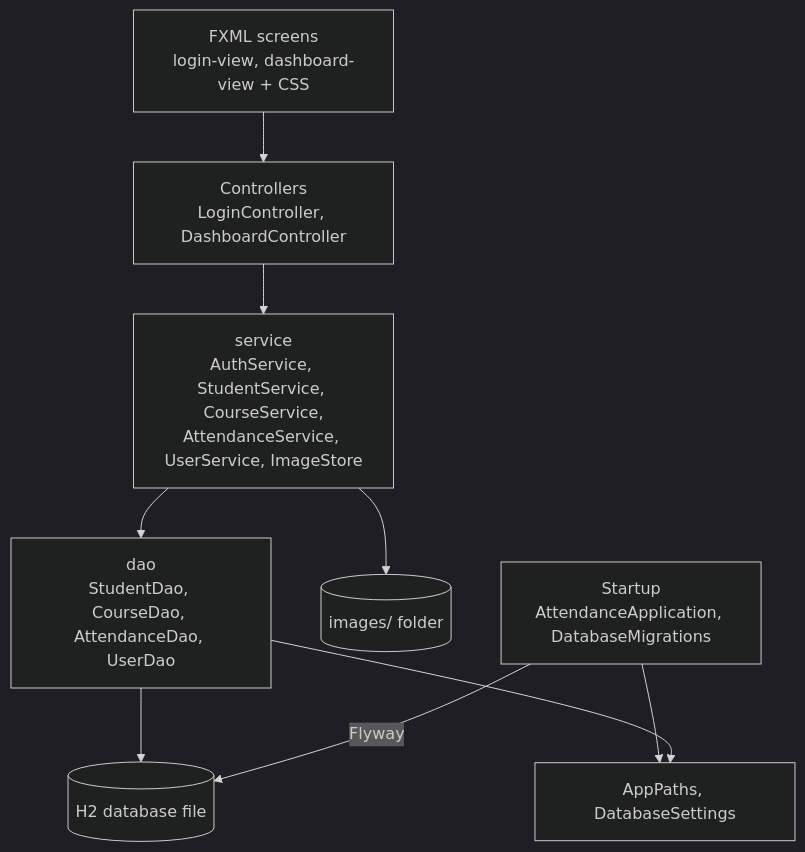
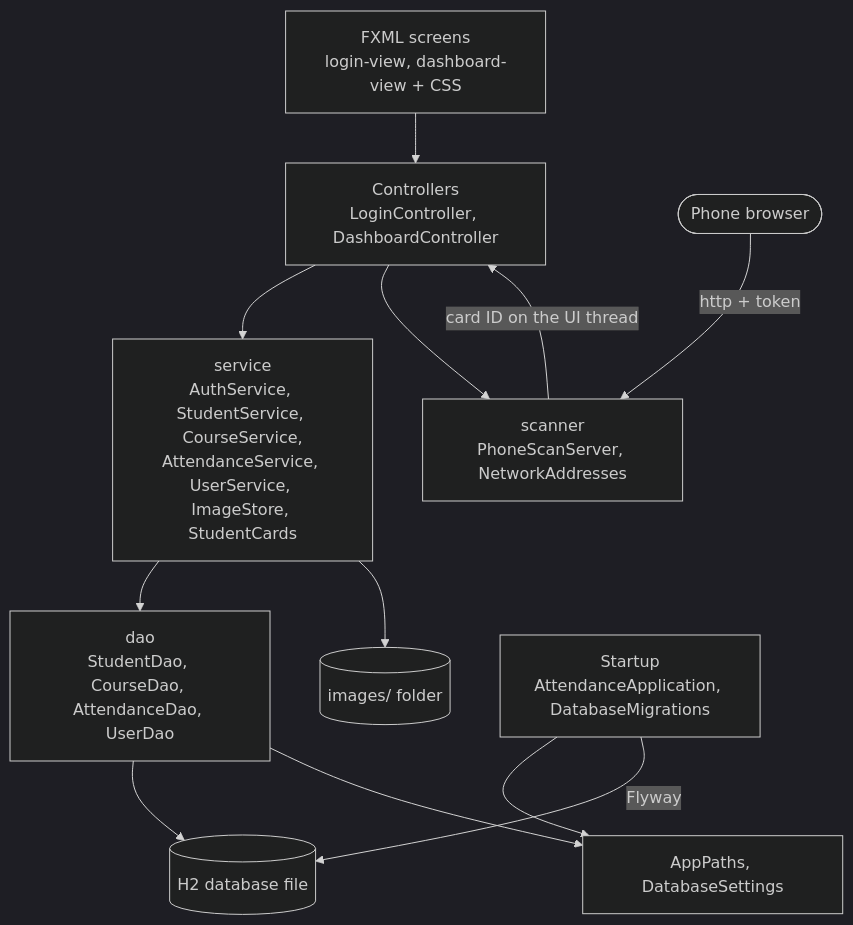
Before and after one commit to XAPHNE/AttendanceSystem: the diagram in docs/architecture.md, drawn with Mermaid (dark theme). The commit also changed other lines of this file and 7 other files, not shown here.

````diff
--- a/docs/architecture.md
+++ b/docs/architecture.md
@@ -6,17 +6,22 @@
 ```mermaid
 flowchart TD
     fxml["FXML screens<br/>login-view, dashboard-view + CSS"]
     ctrl["Controllers<br/>LoginController, DashboardController"]
-    svc["service<br/>AuthService, StudentService, CourseService,<br/>AttendanceService, UserService, ImageStore"]
+    svc["service<br/>AuthService, StudentService, CourseService,<br/>AttendanceService, UserService, ImageStore, StudentCards"]
+    scan["scanner<br/>PhoneScanServer, NetworkAddresses"]
+    phone(["Phone browser"])
     dao["dao<br/>StudentDao, CourseDao, AttendanceDao, UserDao"]
     db[("H2 database file")]
     img[("images/ folder")]
     start["Startup<br/>AttendanceApplication, DatabaseMigrations"]
     paths["AppPaths, DatabaseSettings"]
 
     fxml --> ctrl --> svc --> dao --> db
     svc --> img
+    ctrl --> scan
+    phone -->|http + token| scan
+    scan -->|"card ID on the UI thread"| ctrl
     start --> paths
     start -->|Flyway| db
     dao --> paths
 ```
````
